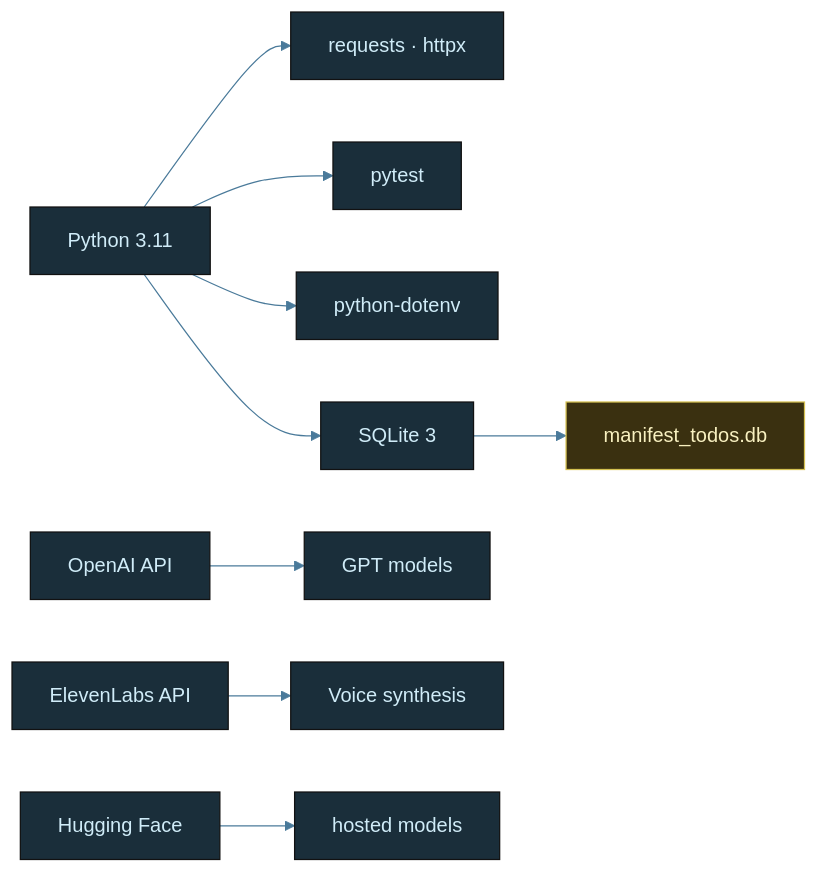
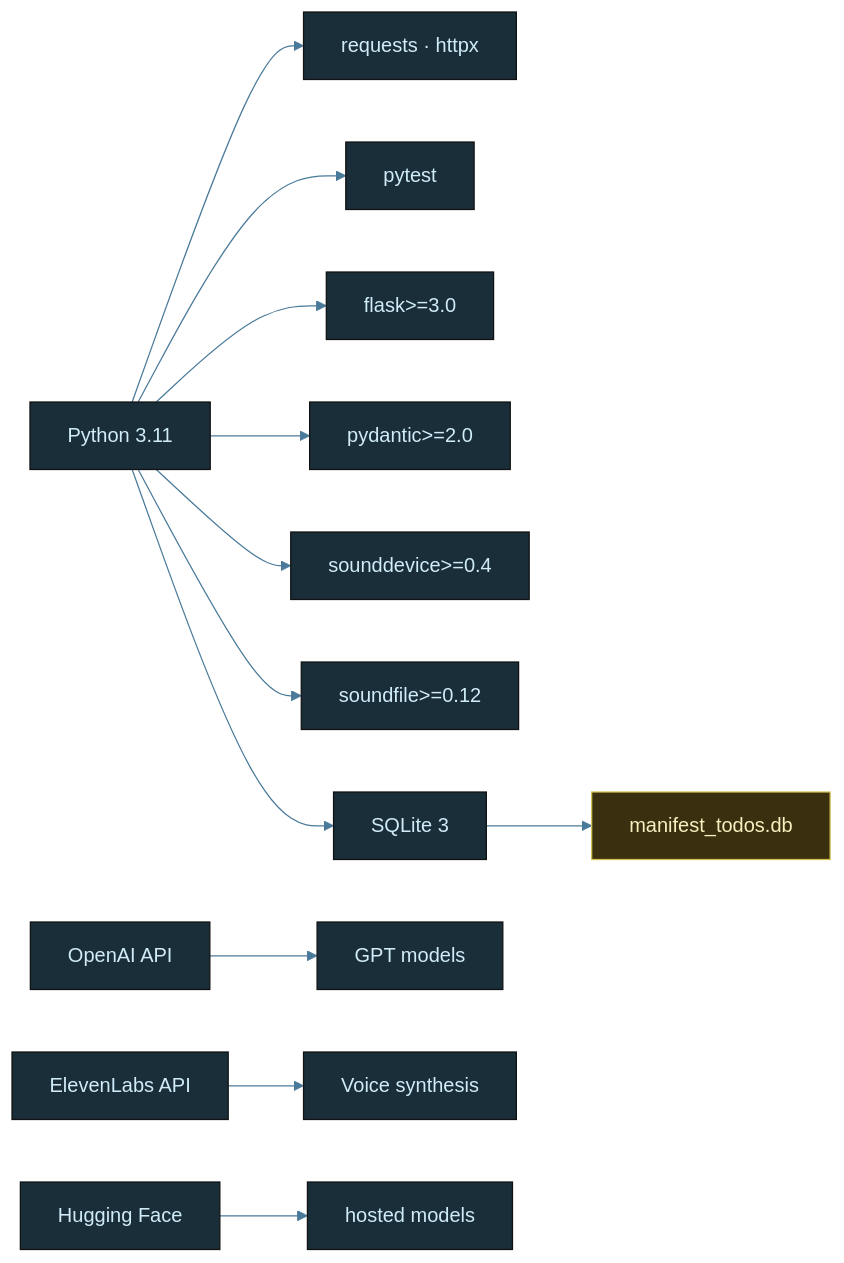
The diagram in diagrams/manifest-tech-stack.mmd (tylerdrakemusic/-Workspace), drawn with Mermaid before and after one commit. The commit also changed 16 other files, not shown here.

Commit message:
FR-20260703-architecture-diagram-catchup: resync 17 diagrams with current code across 6 projects

```diff
--- a/diagrams/manifest-tech-stack.mmd
+++ b/diagrams/manifest-tech-stack.mmd
@@ -1,25 +1,28 @@
 %%{init: {'theme': 'base', 'themeVariables': {'primaryColor': '#1a2e3a', 'primaryTextColor': '#d0ecf8', 'edgeLabelBackground': '#0f1318', 'lineColor': '#4a7a9a'}}}%%
 graph LR
     Python[Python 3.11] --> Requests[requests · httpx]
     Python --> Pytest[pytest]
-    Python --> Dotenv[python-dotenv]
+    Python --> Flask[flask>=3.0]
+    Python --> Pydantic[pydantic>=2.0]
+    Python --> Sounddevice[sounddevice>=0.4]
+    Python --> Soundfile[soundfile>=0.12]
     Python --> SQLite[SQLite 3]
     SQLite --> TodosDB[manifest_todos.db]
     class SQLite lib
     class TodosDB db
     OpenAI[OpenAI API] --> GPT[GPT models]
     ElevenLabs[ElevenLabs API] --> TTS[Voice synthesis]
     HF[Hugging Face] --> Models[hosted models]
     class Python lang
     class OpenAI,ElevenLabs,HF api
-    class Requests,Pytest,Dotenv,GPT,TTS,Models lib
+    class Requests,Pytest,Flask,Pydantic,Sounddevice,Soundfile,GPT,TTS,Models lib
 
 classDef life     fill:#1a2e3a,stroke:#6ab4d4,color:#d0ecf8
 classDef music    fill:#3a1a24,stroke:#d47a8f,color:#f8d0dc
 classDef quantum  fill:#251a3a,stroke:#a07adf,color:#e8d0f8
 classDef manifest fill:#3a2e1a,stroke:#d4a96a,color:#f8ead0
 classDef ws       fill:#1a3a30,stroke:#6ad4b4,color:#d0f8ee
 classDef tyler    fill:#2a1a3a,stroke:#9e4aff,color:#fff
 classDef ext      fill:#3a2020,stroke:#ff7a7a,color:#ffd0d0
 classDef db       fill:#3a3010,stroke:#d4c050,color:#f8f0c0
 classDef state    fill:#1a1a1a,stroke:#888888,color:#cccccc
```
